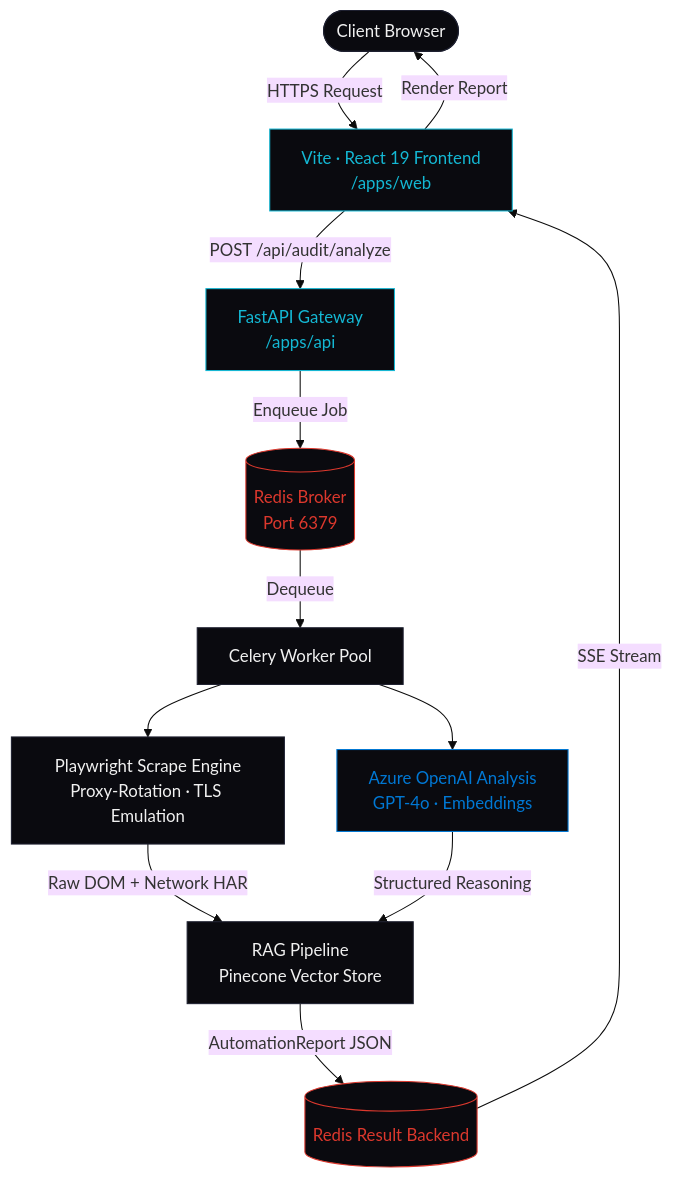
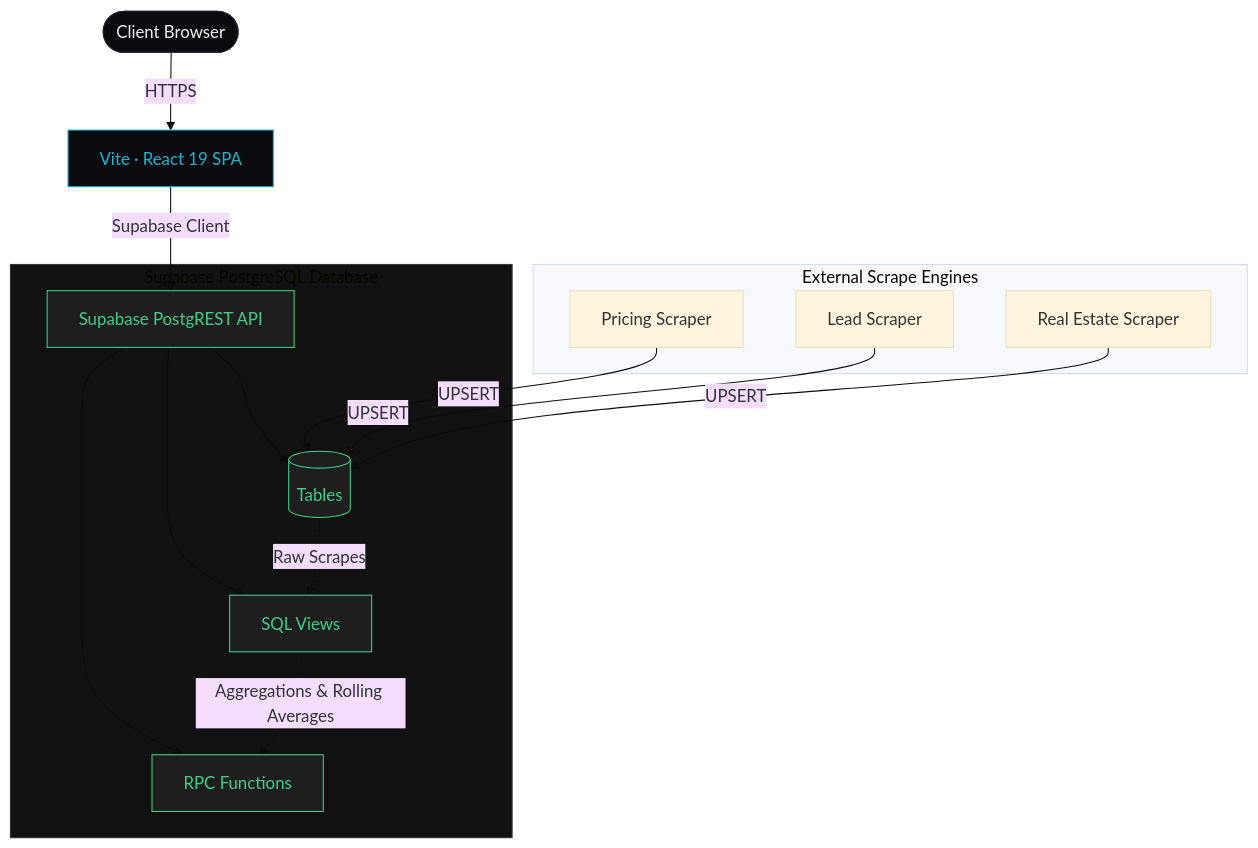
One commit to JohnJodinho/joule-dynamics changed the diagram in README.md. Above: the diagram before and after it, drawn with Mermaid (base theme). The commit also changed other lines of this file and 10 other files, not shown here.

Commit message:
feat: real estate final polish and complete README overhaul

````diff
--- a/README.md
+++ b/README.md
@@ -24,32 +23,29 @@
 ```mermaid
 flowchart TD
-    A([Client Browser]) -->|HTTPS Request| B[Vite · React 19 Frontend\n/apps/web]
-
-    B -->|POST /api/audit/analyze| C[FastAPI Gateway\n/apps/api]
-
-    C -->|Enqueue Job| D[(Redis Broker\nPort 6379)]
-
-    D -->|Dequeue| E[Celery Worker Pool]
-
-    E --> F[Playwright Scrape Engine\nProxy-Rotation · TLS Emulation]
-    E --> G[Azure OpenAI Analysis\nGPT-4o · Embeddings]
-
-    F -->|Raw DOM + Network HAR| H[RAG Pipeline\nPinecone Vector Store]
-    G -->|Structured Reasoning| H
-
-    H -->|AutomationReport JSON| I[(Redis Result Backend)]
-
-    I -->|SSE Stream| B
-
-    B -->|Render Report| A
-
+    A([Client Browser]) -->|HTTPS| B[Vite · React 19 SPA]
+    
+    B -->|Supabase Client| C[Supabase PostgREST API]
+    
+    subgraph Supabase [Supabase PostgreSQL Database]
+        C --> D[(Tables)]
+        C --> E[SQL Views]
+        C --> F[RPC Functions]
+        
+        D -.->|Raw Scrapes| E
+        E -.->|Aggregations & Rolling Averages| F
+    end
+    
+    subgraph Scrapers [External Scrape Engines]
+        G[Pricing Scraper] -->|UPSERT| D
+        H[Lead Scraper] -->|UPSERT| D
+        I[Real Estate Scraper] -->|UPSERT| D
+    end
+    
     style A fill:#0a0a0f,color:#f0f0f0,stroke:#1e2030
     style B fill:#0a0a0f,color:#14b8d4,stroke:#14b8d4
-    style C fill:#0a0a0f,color:#14b8d4,stroke:#14b8d4
-    style D fill:#0a0a0f,color:#DC382D,stroke:#DC382D
-    style E fill:#0a0a0f,color:#f0f0f0,stroke:#1e2030
-    style F fill:#0a0a0f,color:#f0f0f0,stroke:#1e2030
-    style G fill:#0a0a0f,color:#0078D4,stroke:#0078D4
-    style H fill:#0a0a0f,color:#f0f0f0,stroke:#1e2030
-    style I fill:#0a0a0f,color:#DC382D,stroke:#DC382D
+    style C fill:#1e1e1e,color:#3ECF8E,stroke:#3ECF8E
+    style D fill:#1e1e1e,color:#3ECF8E,stroke:#3ECF8E
+    style E fill:#1e1e1e,color:#3ECF8E,stroke:#3ECF8E
+    style F fill:#1e1e1e,color:#3ECF8E,stroke:#3ECF8E
+    style Supabase fill:#111,stroke:#333
 ```
````
